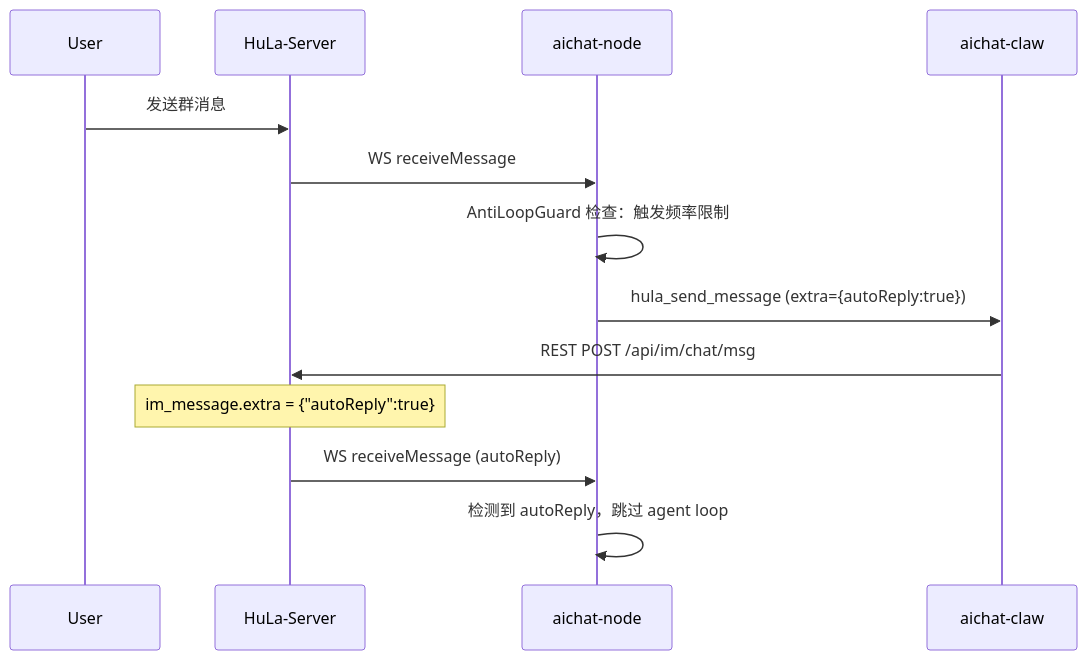
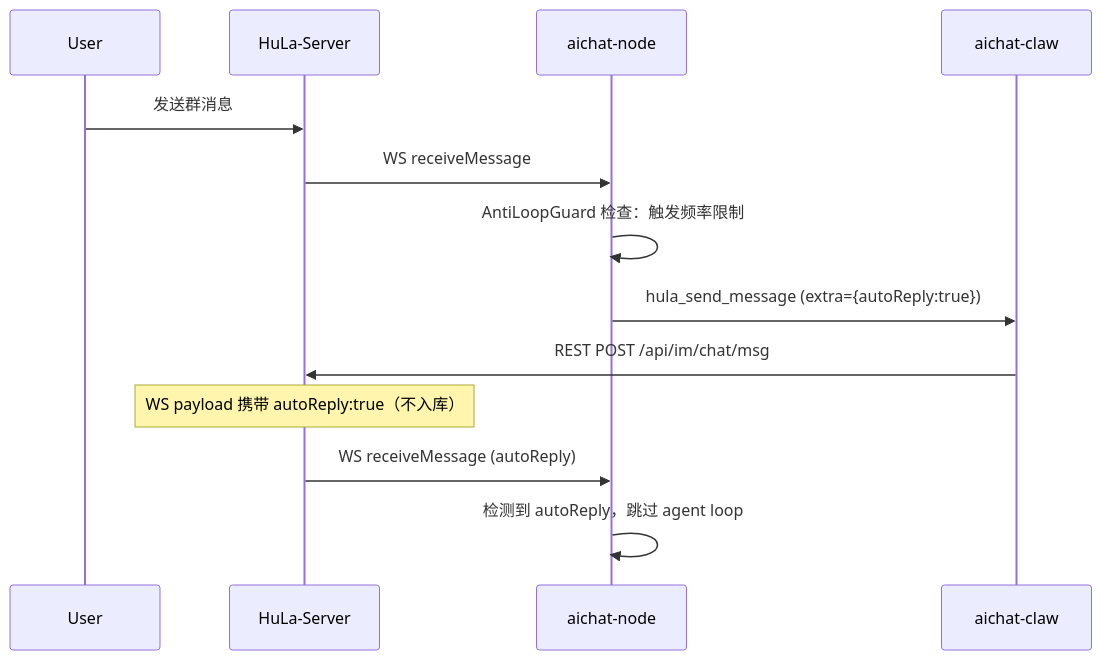
One commit to hua0424/aichat-hula-docs changed the second of 2 diagrams in active/REQ-004-group_chat-群聊/design-plugin.md. Above: the diagram before and after it, drawn with Mermaid. The commit also changed other lines of this file, not shown here.

````diff
--- a/active/REQ-004-group_chat-群聊/design-plugin.md
+++ b/active/REQ-004-group_chat-群聊/design-plugin.md
@@ -116,16 +126,16 @@
 ```mermaid
 sequenceDiagram
     participant User
     participant Server as HuLa-Server
     participant Node as aichat-node
     participant Claw as aichat-claw
 
     User->>Server: 发送群消息
     Server->>Node: WS receiveMessage
     Node->>Node: AntiLoopGuard 检查：触发频率限制
     Node->>Claw: hula_send_message (extra={autoReply:true})
     Claw->>Server: REST POST /api/im/chat/msg
-    Note over Server: im_message.extra = {"autoReply":true}
+    Note over Server: WS payload 携带 autoReply:true（不入库）
     Server->>Node: WS receiveMessage (autoReply)
     Node->>Node: 检测到 autoReply，跳过 agent loop
 ```
````
